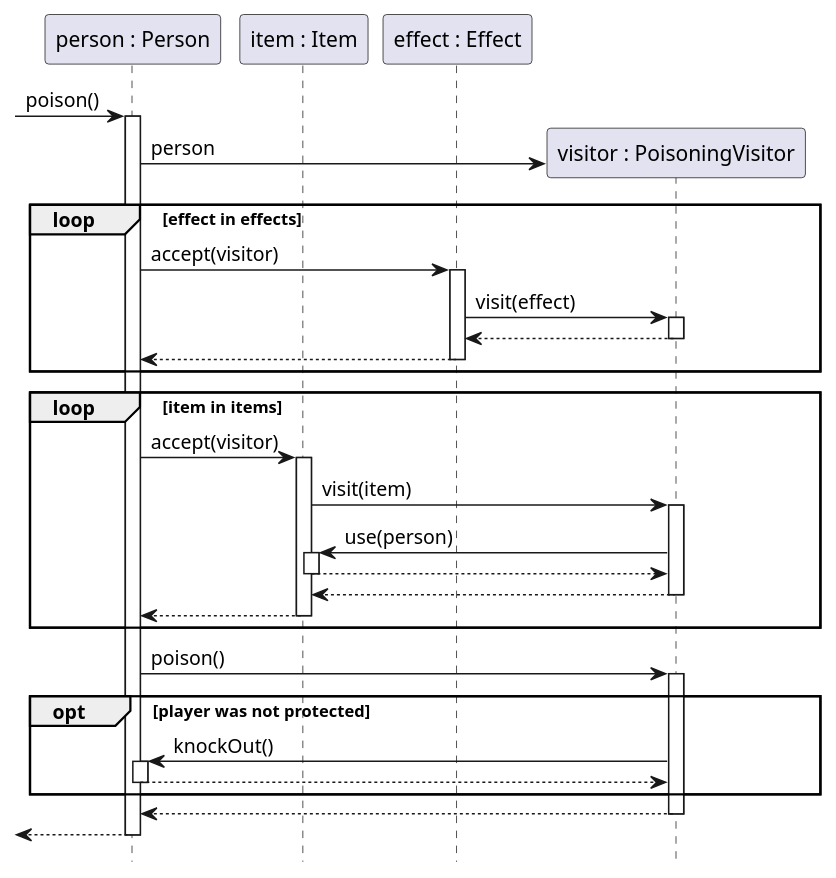
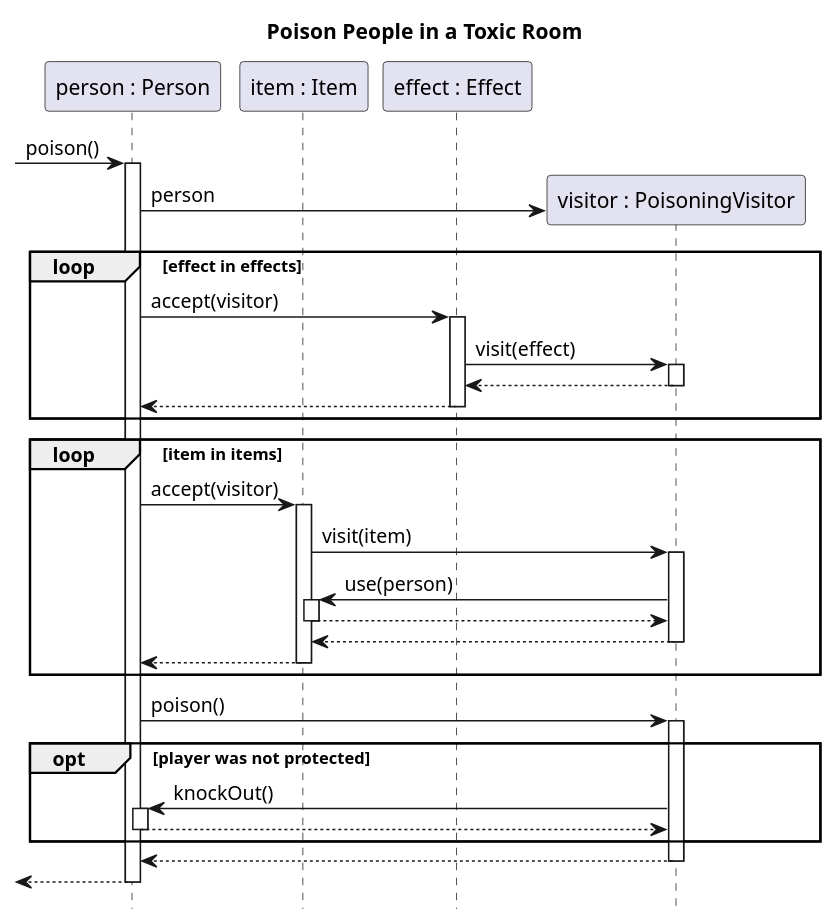
The diagram in docs/diagrams/sequence/toxic-room.puml (sn4k3ch4rm3r/logarlec), drawn with PlantUML before and after one commit. The commit also changed 8 other files, not shown here.

Commit message:
Added title to the diagrams

```diff
--- a/docs/diagrams/sequence/toxic-room.puml
+++ b/docs/diagrams/sequence/toxic-room.puml
@@ -1,35 +1,35 @@
 @startuml toxic-room
-
+title Poison People in a Toxic Room
 hide footbox
 
 participant "person : Person" as p
 participant "item : Item" as i
 participant "effect : Effect" as e
 
 [-> p ++ : poison()
 create "visitor : PoisoningVisitor" as v
 p -> v : person
 loop effect in effects
 	p -> e ++: accept(visitor)
 	e -> v ++: visit(effect)
 	v --> e --
 	e --> p --
 end
 loop item in items
 	p -> i ++: accept(visitor)
 	i -> v ++: visit(item)
 	v -> i ++: use(person)
 	i --> v --
 	v --> i --
 	i --> p --
 end
 
 p -> v ++: poison()
 opt player was not protected
 v -> p ++: knockOut()
 p --> v --
 end 
 v --> p --
 [<-- p --
 
 @enduml
```
